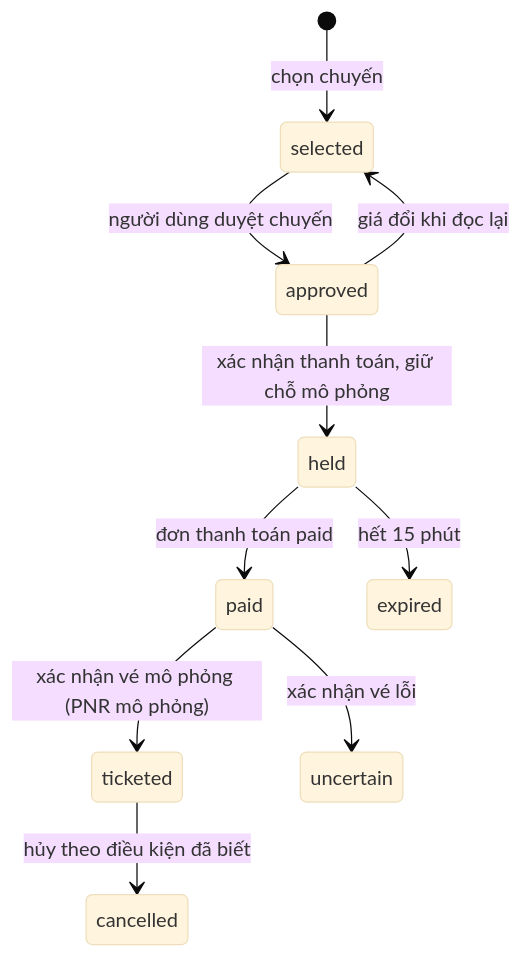
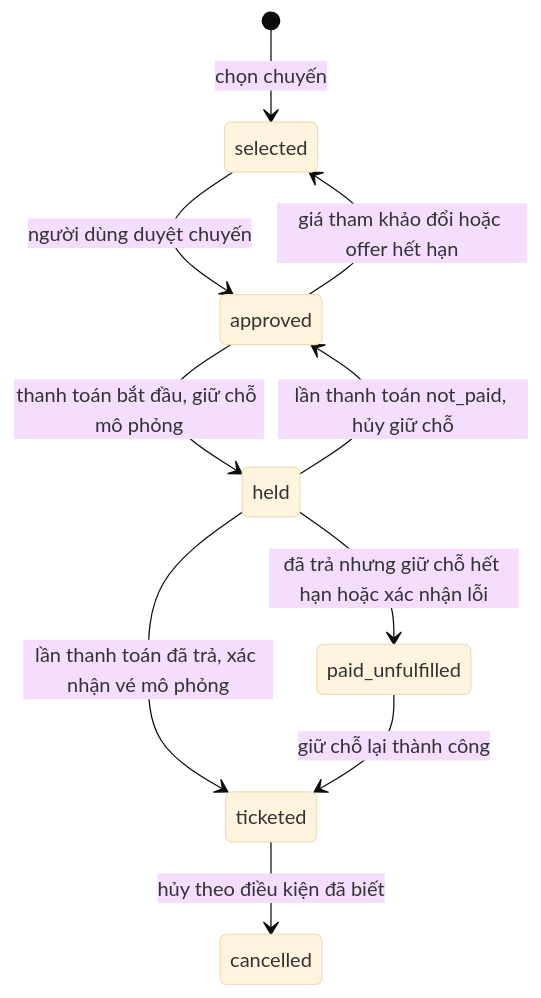
One commit to the-liems/relohome changed the second of 5 diagrams in docs/review/payment-design.md. Above: the diagram before and after it, drawn with Mermaid (base theme). The commit also changed other lines of this file and 3 other files, not shown here.

````diff
--- a/docs/review/payment-design.md
+++ b/docs/review/payment-design.md
@@ -180,12 +221,12 @@
 ```mermaid
 stateDiagram-v2
   [*] --> selected: chọn chuyến
   selected --> approved: người dùng duyệt chuyến
-  approved --> selected: giá đổi khi đọc lại
-  approved --> held: xác nhận thanh toán, giữ chỗ mô phỏng
-  held --> paid: đơn thanh toán paid
-  paid --> ticketed: xác nhận vé mô phỏng (PNR mô phỏng)
-  paid --> uncertain: xác nhận vé lỗi
-  held --> expired: hết 15 phút
+  approved --> selected: giá tham khảo đổi hoặc offer hết hạn
+  approved --> held: thanh toán bắt đầu, giữ chỗ mô phỏng
+  held --> ticketed: lần thanh toán đã trả, xác nhận vé mô phỏng
+  held --> approved: lần thanh toán not_paid, hủy giữ chỗ
+  held --> paid_unfulfilled: đã trả nhưng giữ chỗ hết hạn hoặc xác nhận lỗi
+  paid_unfulfilled --> ticketed: giữ chỗ lại thành công
   ticketed --> cancelled: hủy theo điều kiện đã biết
 ```
````
